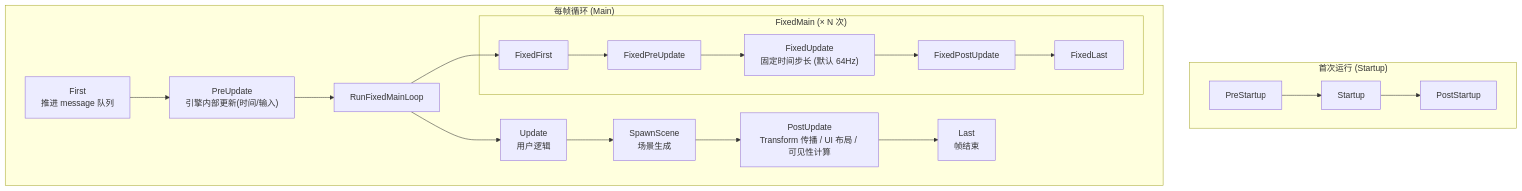
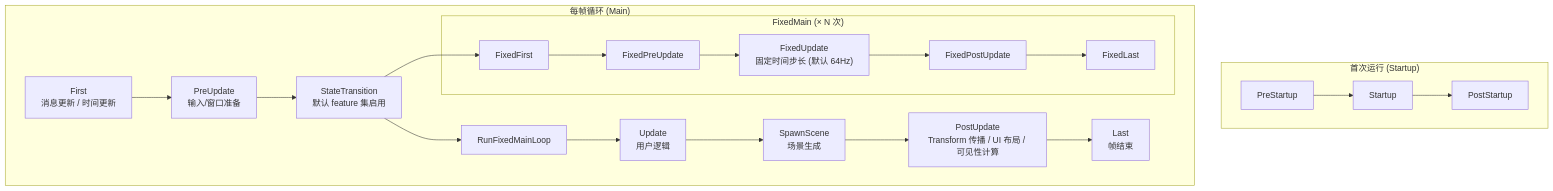
One commit to ZhangHanDong/bevy-book changed the second of 2 diagrams in src/ch02-app-plugin.md. Above: the diagram before and after it, drawn with Mermaid. The commit also changed other lines of this file and 17 other files, not shown here.

````diff
--- a/src/ch02-app-plugin.md
+++ b/src/ch02-app-plugin.md
@@ -244,29 +244,30 @@
 ```mermaid
 graph TD
     subgraph Startup["首次运行 (Startup)"]
         S1["PreStartup"] --> S2["Startup"] --> S3["PostStartup"]
     end
 
     subgraph Main["每帧循环 (Main)"]
-        M1["First<br/>推进 message 队列"]
-        M2["PreUpdate<br/>引擎内部更新(时间/输入)"]
-        M3["RunFixedMainLoop"]
-        M4["Update<br/>用户逻辑"]
-        M5["SpawnScene<br/>场景生成"]
-        M6["PostUpdate<br/>Transform 传播 / UI 布局 / 可见性计算"]
-        M7["Last<br/>帧结束"]
+        M1["First<br/>消息更新 / 时间更新"]
+        M2["PreUpdate<br/>输入/窗口准备"]
+        M3["StateTransition<br/>默认 feature 集启用"]
+        M4["RunFixedMainLoop"]
+        M5["Update<br/>用户逻辑"]
+        M6["SpawnScene<br/>场景生成"]
+        M7["PostUpdate<br/>Transform 传播 / UI 布局 / 可见性计算"]
+        M8["Last<br/>帧结束"]
 
-        M1 --> M2 --> M3 --> M4 --> M5 --> M6 --> M7
+        M1 --> M2 --> M3 --> M4 --> M5 --> M6 --> M7 --> M8
 
         subgraph Fixed["FixedMain (× N 次)"]
             F1["FixedFirst"]
             F2["FixedPreUpdate"]
             F3["FixedUpdate<br/>固定时间步长 (默认 64Hz)"]
             F4["FixedPostUpdate"]
             F5["FixedLast"]
             F1 --> F2 --> F3 --> F4 --> F5
         end
 
         M3 --> F1
     end
 ```
````
